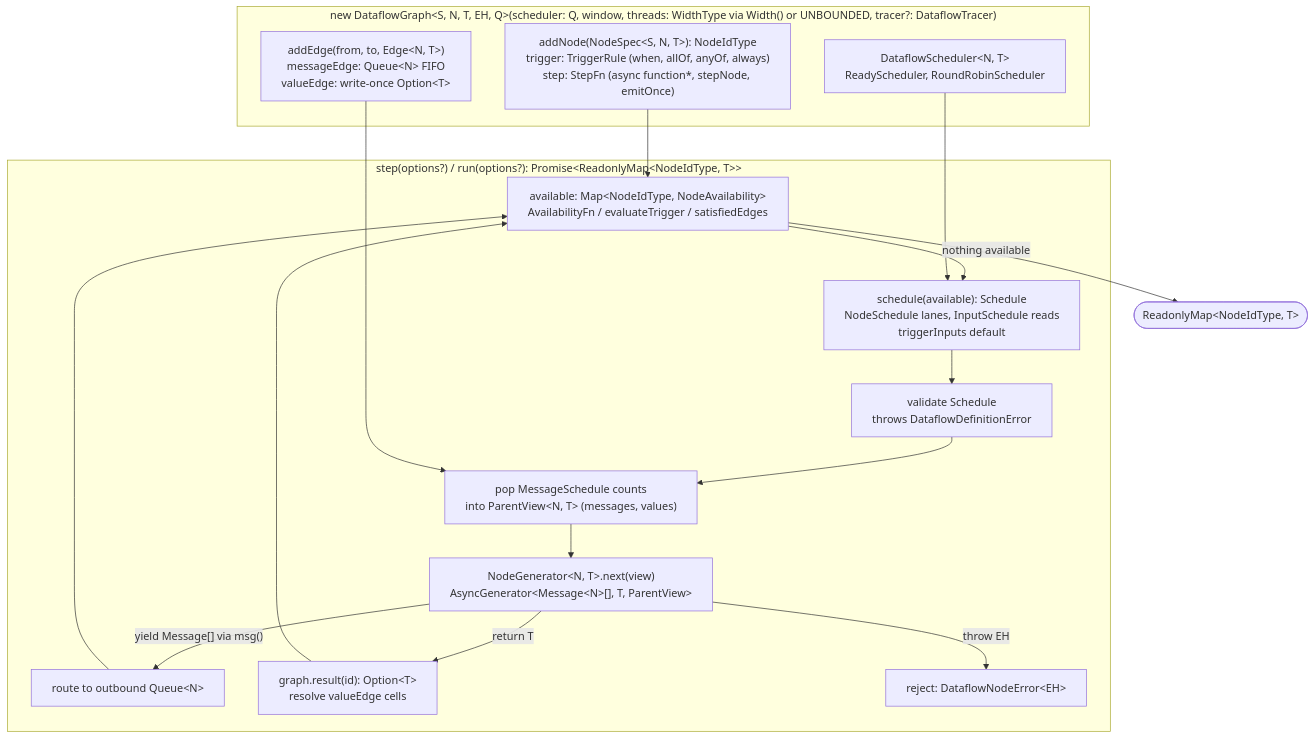
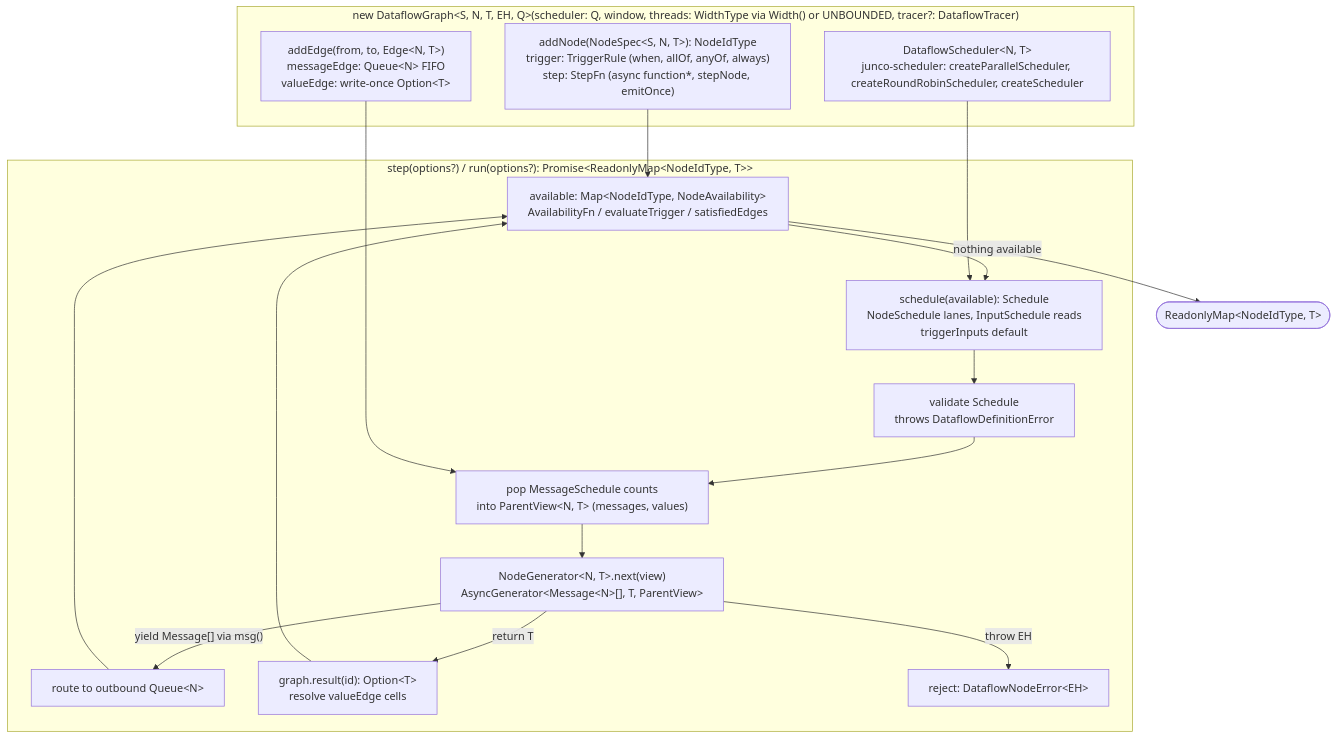
One commit to microsoft/junco changed the diagram in README.md. Above: the diagram before and after it, drawn with Mermaid. The commit also changed other lines of this file and 32 other files, not shown here.

First line of the commit message:
feat: shared NodeOptions; schedulers move to junco-scheduler

````diff
--- a/README.md
+++ b/README.md
@@ -9,24 +9,24 @@
 ```mermaid
 %%{init: {"flowchart": {"wrappingWidth": 360}}}%%
 flowchart TB
   subgraph Definition["new DataflowGraph#lt;S, N, T, EH, Q#gt;(scheduler: Q, window, threads: WidthType via Width() or UNBOUNDED, tracer?: DataflowTracer)"]
     N["addNode(NodeSpec#lt;S, N, T#gt;): NodeIdType<br/>trigger: TriggerRule (when, allOf, anyOf, always)<br/>step: StepFn (async function*, stepNode, emitOnce)"]
     E["addEdge(from, to, Edge#lt;N, T#gt;)<br/>messageEdge: Queue#lt;N#gt; FIFO<br/>valueEdge: write-once Option#lt;T#gt;"]
-    S["DataflowScheduler#lt;N, T#gt;<br/>ReadyScheduler, RoundRobinScheduler"]
+    S["DataflowScheduler#lt;N, T#gt;<br/>junco-scheduler: createParallelScheduler, createRoundRobinScheduler, createScheduler"]
   end
   subgraph Run["step(options?) / run(options?): Promise#lt;ReadonlyMap#lt;NodeIdType, T#gt;#gt;"]
     A["available: Map#lt;NodeIdType, NodeAvailability#gt;<br/>AvailabilityFn / evaluateTrigger / satisfiedEdges"] --> P["schedule(available): Schedule<br/>NodeSchedule lanes, InputSchedule reads<br/>triggerInputs default"]
     P --> K["validate Schedule<br/>throws DataflowDefinitionError"]
     K --> X["pop MessageSchedule counts<br/>into ParentView#lt;N, T#gt; (messages, values)"]
     X --> G["NodeGenerator#lt;N, T#gt;.next(view)<br/>AsyncGenerator#lt;Message#lt;N#gt;[], T, ParentView#gt;"]
     G -- "yield Message[] via msg()" --> Q["route to outbound Queue#lt;N#gt;"]
     G -- "return T" --> R["graph.result(id): Option#lt;T#gt;<br/>resolve valueEdge cells"]
     G -- "throw EH" --> F["reject: DataflowNodeError#lt;EH#gt;"]
     Q --> A
     R --> A
   end
   N --> A
   E --> X
   S --> P
   A -- "nothing available" --> Z(["ReadonlyMap#lt;NodeIdType, T#gt;"])
 ```
````
